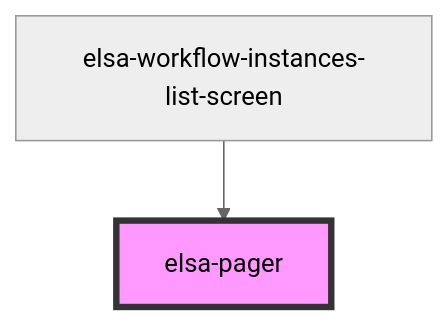
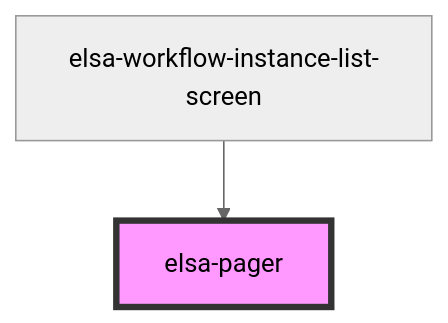
The diagram in src/designer/elsa-workflows-studio/src/components/controls/elsa-pager/readme.md (elsa-workflows/elsa-core), drawn with Mermaid (neutral theme) before and after one commit. The commit also changed other lines of this file and 22 other files, not shown here.

````diff
--- a/src/designer/elsa-workflows-studio/src/components/controls/elsa-pager/readme.md
+++ b/src/designer/elsa-workflows-studio/src/components/controls/elsa-pager/readme.md
@@ -26,5 +26,5 @@
 ```mermaid
 graph TD;
-  elsa-workflow-instances-list-screen --> elsa-pager
+  elsa-workflow-instance-list-screen --> elsa-pager
   style elsa-pager fill:#f9f,stroke:#333,stroke-width:4px
 ```
````
